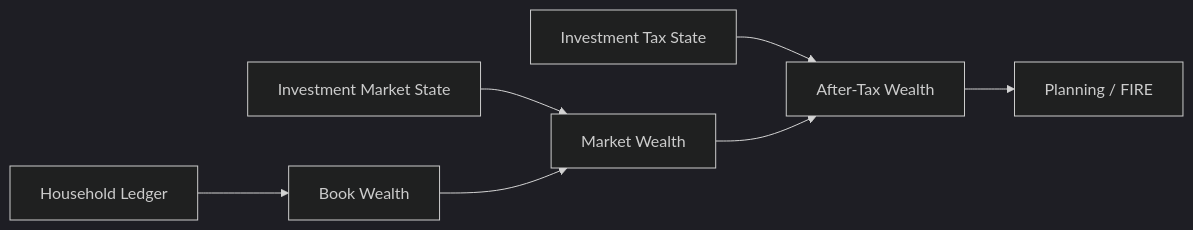
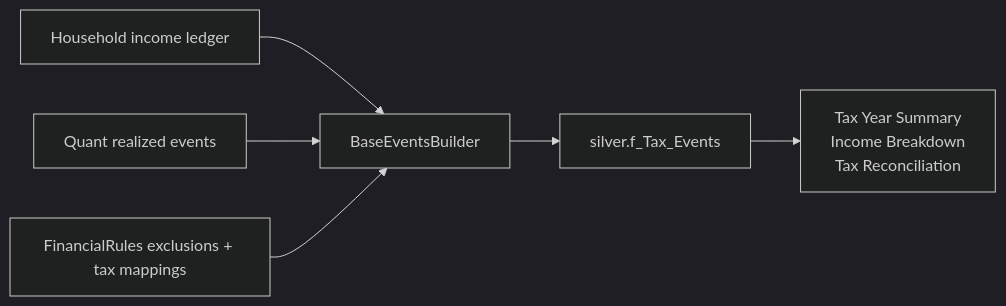
The ninth of 20 diagrams in README.md (tks18/personal-finance-etl), drawn with Mermaid (dark theme) before and after one commit. The commit also changed other lines of this file, not shown here.

Commit message:
docs: update base readme

````diff
--- a/README.md
+++ b/README.md
@@ -784,9 +366,8 @@
 ```mermaid
 flowchart LR
-    HH["Household Ledger"] --> BOOK["Book Wealth"]
-    INV["Investment Market State"] --> MARKET["Market Wealth"]
-    TAX["Investment Tax State"] --> AFTER["After-Tax Wealth"]
-    BOOK --> MARKET
-    MARKET --> AFTER
-    AFTER --> PLAN["Planning / FIRE"]
+    LED["Household income ledger"] --> BASE["BaseEventsBuilder"]
+    Q["Quant realized events"] --> BASE
+    RULE["FinancialRules exclusions + tax mappings"] --> BASE
+    BASE --> EVT["silver.f_Tax_Events"]
+    EVT --> GOLD["Tax Year Summary<br/>Income Breakdown<br/>Tax Reconciliation"]
 ```
````
